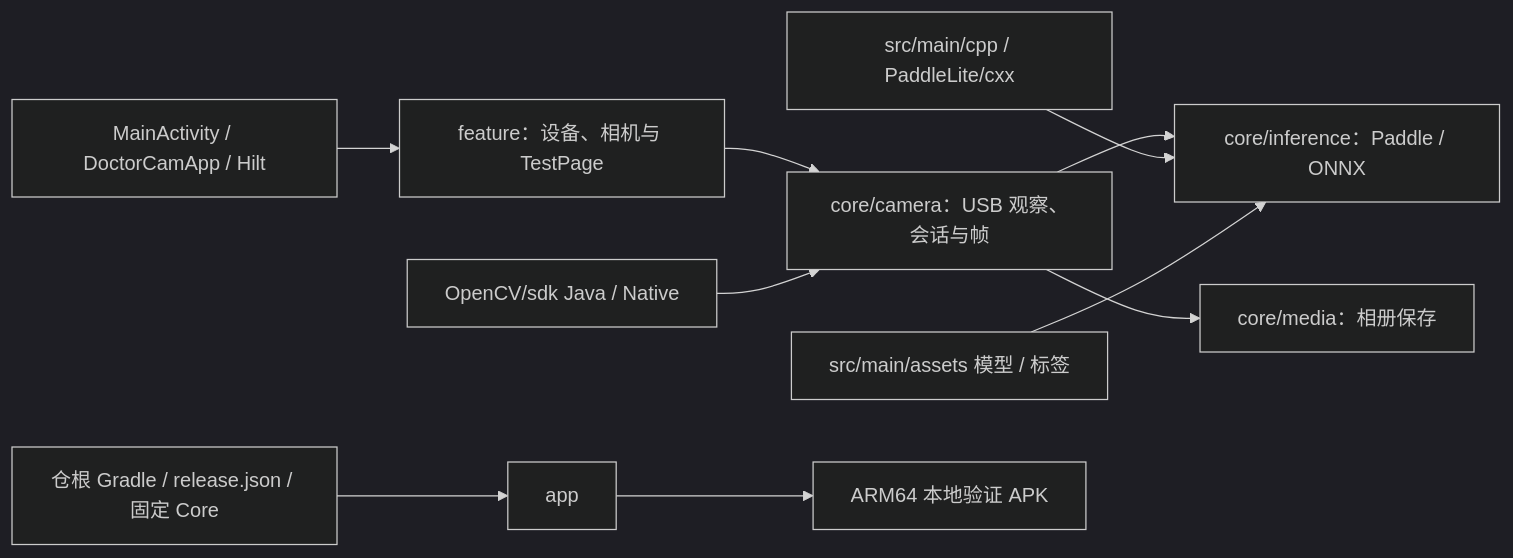
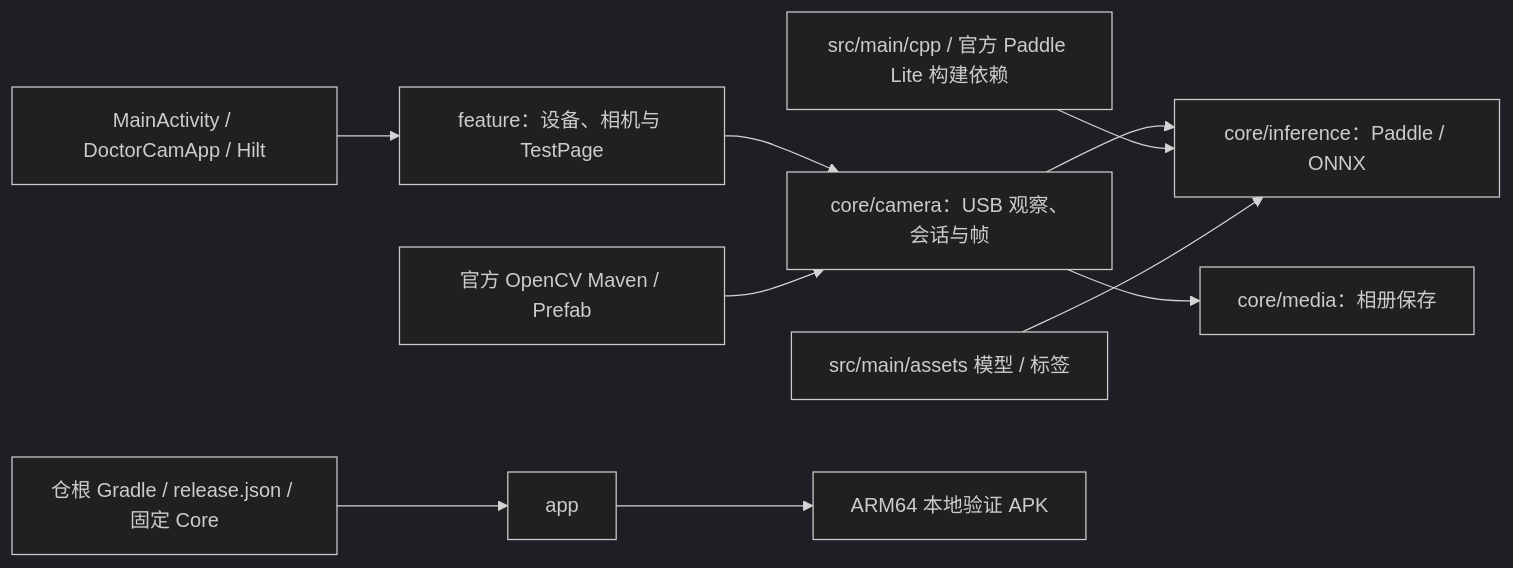
One commit to darren-you/doctor-cam changed the diagram in app/README.md. Above: the diagram before and after it, drawn with Mermaid (dark theme). The commit also changed other lines of this file and 460 other files, not shown here.

First line of the commit message:
删除未引用的 Paddle Java SDK、OpenCV 非目标 ABI 与旧构建入口及已跟踪发布残留，共三十四个文件约九十一 MiB

````diff
--- a/app/README.md
+++ b/app/README.md
@@ -7,12 +7,12 @@
 ```mermaid
 flowchart LR
     root[仓根 Gradle / release.json / 固定 Core] --> app[app]
     entry[MainActivity / DoctorCamApp / Hilt] --> features[feature：设备、相机与 TestPage]
     features --> camera[core/camera：USB 观察、会话与帧]
     camera --> inference[core/inference：Paddle / ONNX]
     camera --> media[core/media：相册保存]
-    opencv[OpenCV/sdk Java / Native] --> camera
-    cpp[src/main/cpp / PaddleLite/cxx] --> inference
+    opencv[官方 OpenCV Maven / Prefab] --> camera
+    cpp[src/main/cpp / 官方 Paddle Lite 构建依赖] --> inference
     assets[src/main/assets 模型 / 标签] --> inference
     app --> apk[ARM64 本地验证 APK]
 ```
````
